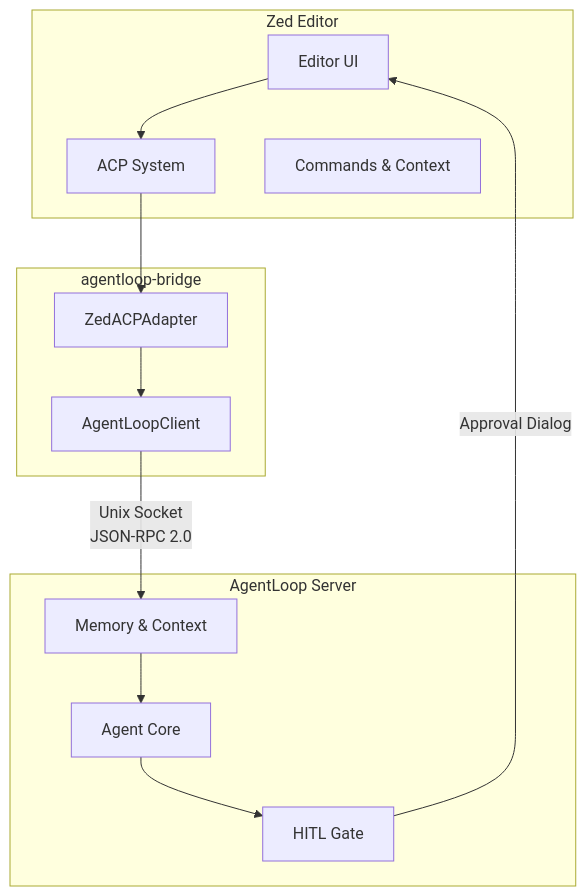
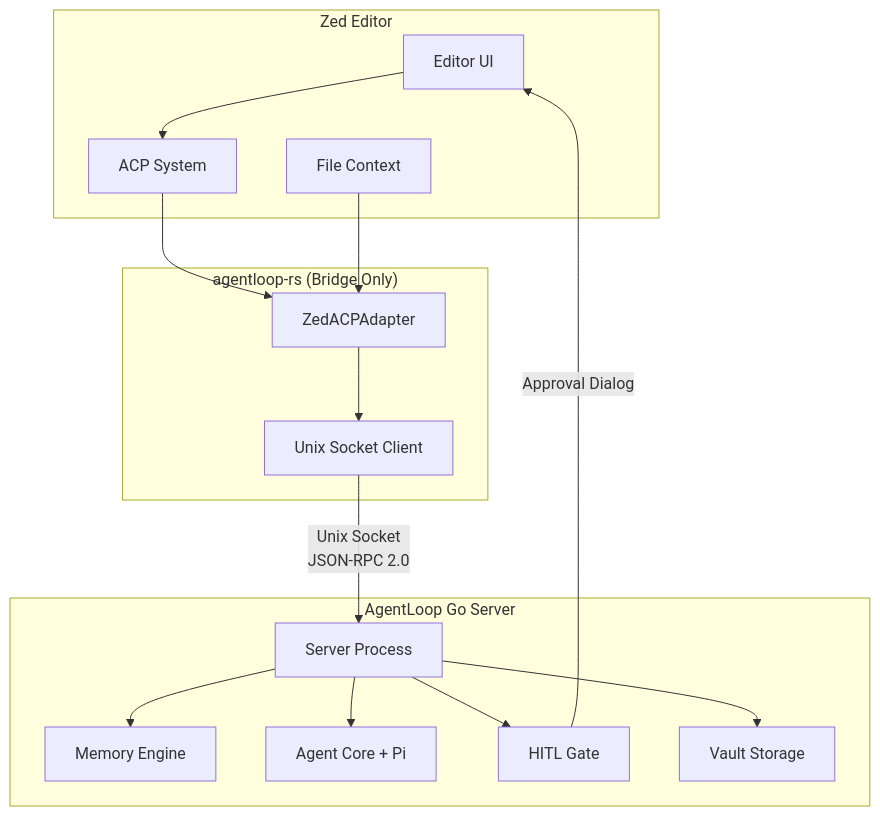
One commit to MarcoMruz/agentloop-docs changed the diagram in src/content/docs/rust-client/zed-integration.mdx. Above: the diagram before and after it, drawn with Mermaid. The commit also changed other lines of this file and 3 other files, not shown here.

First line of the commit message:
docs: clarify agentloop-rs is ACP bridge only, not server

````diff
--- a/src/content/docs/rust-client/zed-integration.mdx
+++ b/src/content/docs/rust-client/zed-integration.mdx
@@ -14,27 +14,32 @@
 ```mermaid
 graph TD
     subgraph "Zed Editor"
         UI["Editor UI"]
         ACP["ACP System"]
-        Cmds["Commands & Context"]
+        Context["File Context"]
     end
 
-    subgraph "agentloop-bridge"
+    subgraph "agentloop-rs (Bridge Only)"
         Adapter["ZedACPAdapter"]
-        Client["AgentLoopClient"]
+        Client["Unix Socket Client"]
     end
 
-    subgraph "AgentLoop Server"
-        Memory["Memory & Context"]
-        Agent["Agent Core"]
+    subgraph "AgentLoop Go Server"
+        Server["Server Process"]  
+        Memory["Memory Engine"]
+        Agent["Agent Core + Pi"]
         HITL["HITL Gate"]
+        Vault["Vault Storage"]
     end
 
     UI --> ACP
     ACP --> Adapter
+    Context --> Adapter
     Adapter --> Client
-    Client -->|"Unix Socket<br/>JSON-RPC 2.0"| Memory
-    Memory --> Agent
-    Agent --> HITL
+    Client -->|"Unix Socket<br/>JSON-RPC 2.0"| Server
+    Server --> Memory
+    Server --> Agent
+    Server --> HITL
+    Server --> Vault
     HITL -->|"Approval Dialog"| UI
 ```
````
